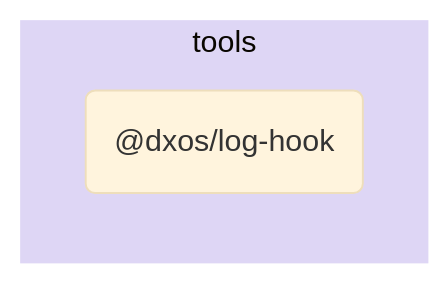
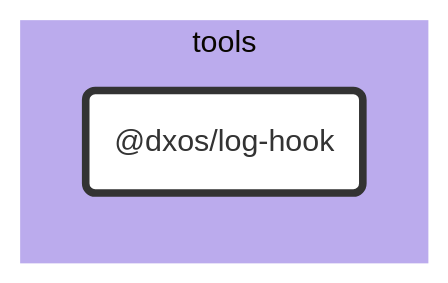
One commit to dxos/dxos changed the diagram in tools/log-hook/docs/README.md. Above: the diagram before and after it, drawn with Mermaid (base theme). The commit also changed other lines of this file and 89 other files, not shown here.

````diff
--- a/tools/log-hook/docs/README.md
+++ b/tools/log-hook/docs/README.md
@@ -5,9 +7,25 @@
 ```mermaid
-flowchart LR;
+%%{ init: {'flowchart':{'curve':'basis'}} }%%
 
+flowchart LR
+
+%% Links
+
+%% Sections
 subgraph tools
-  style tools fill:#ded6f5,stroke:#fff;
-  dxos/log-hook("@dxos/log-hook");
+  style tools fill:#bbabed,stroke:#fff;
+
+  dxos/log-hook("@dxos/log-hook")
 end
 
+
+%% Hyperlinks
+
+%% Styles
+classDef rootNode fill:#fff,stroke:#333,stroke-width:4px
+classDef defaultNode fill:#fff,stroke:#333,stroke-width:1px
+linkStyle default stroke:#333,stroke-width:1px
+
+dxos/log-hook:::rootNode
+
 ```
````
